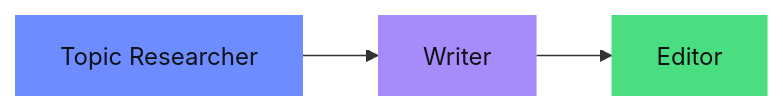
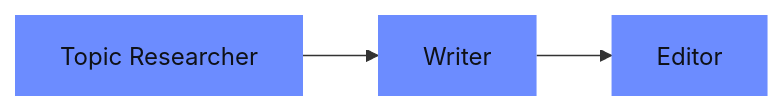
The fourth of 6 diagrams in README.md (mj-deving/crewai-n8n-bridge), drawn with Mermaid before and after one commit. The commit also changed other lines of this file, not shown here.

Commit message:
docs: simplify crew diagram colors — Option A single accent

````diff
--- a/README.md
+++ b/README.md
@@ -85,8 +85,8 @@
 ```mermaid
 flowchart LR
     T1["Topic Researcher"] --> T2["Writer"] --> T3["Editor"]
 
     style T1 fill:#6c8cff,color:#0f1117,stroke:none
-    style T2 fill:#a78bfa,color:#0f1117,stroke:none
-    style T3 fill:#4ade80,color:#0f1117,stroke:none
+    style T2 fill:#6c8cff,color:#0f1117,stroke:none
+    style T3 fill:#6c8cff,color:#0f1117,stroke:none
 ```
````
